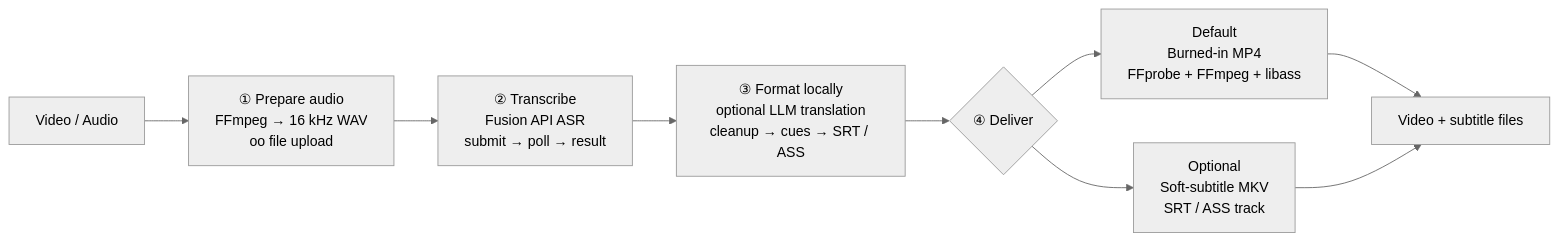
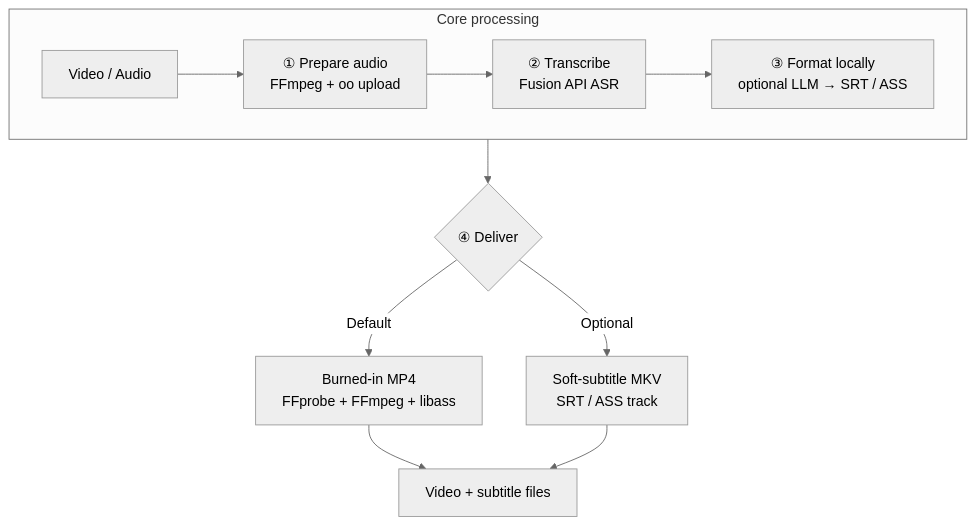
One commit to oomol-lab/video-subtitle-translator changed the diagram in README.md. Above: the diagram before and after it, drawn with Mermaid (neutral theme). The commit also changed 1 other file, not shown here.

Commit message:
Fix README architecture layout

````diff
--- a/README.md
+++ b/README.md
@@ -23,15 +23,17 @@
 ```mermaid
-flowchart LR
-    INPUT["Video / Audio"]
-    PREP["① Prepare audio<br/>FFmpeg → 16 kHz WAV<br/>oo file upload"]
-    ASR["② Transcribe<br/>Fusion API ASR<br/>submit → poll → result"]
-    LOCAL["③ Format locally<br/>optional LLM translation<br/>cleanup → cues → SRT / ASS"]
-    DELIVERY{"④ Deliver"}
-    BURN["Default<br/>Burned-in MP4<br/>FFprobe + FFmpeg + libass"]
-    MKV["Optional<br/>Soft-subtitle MKV<br/>SRT / ASS track"]
-    OUTPUT["Video + subtitle files"]
+flowchart TB
+    subgraph CORE["Core processing"]
+        direction LR
+        INPUT["Video / Audio"]
+        PREP["① Prepare audio<br/>FFmpeg + oo upload"]
+        ASR["② Transcribe<br/>Fusion API ASR"]
+        LOCAL["③ Format locally<br/>optional LLM → SRT / ASS"]
+        INPUT --> PREP --> ASR --> LOCAL
+    end
 
-    INPUT --> PREP --> ASR --> LOCAL --> DELIVERY
-    DELIVERY --> BURN --> OUTPUT
-    DELIVERY --> MKV --> OUTPUT
+    LOCAL --> DELIVERY{"④ Deliver"}
+    DELIVERY -->|"Default"| BURN["Burned-in MP4<br/>FFprobe + FFmpeg + libass"]
+    DELIVERY -->|"Optional"| MKV["Soft-subtitle MKV<br/>SRT / ASS track"]
+    BURN --> OUTPUT["Video + subtitle files"]
+    MKV --> OUTPUT
 ```
````
